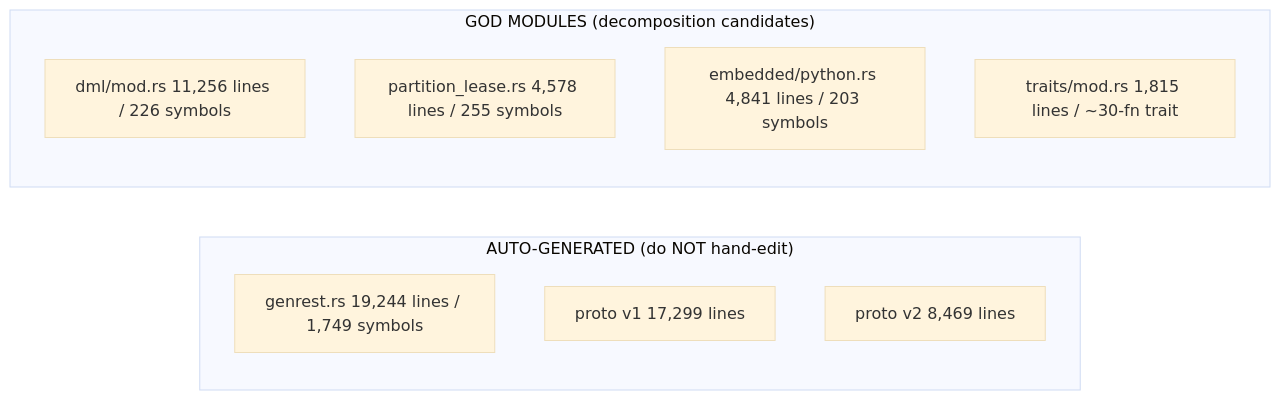
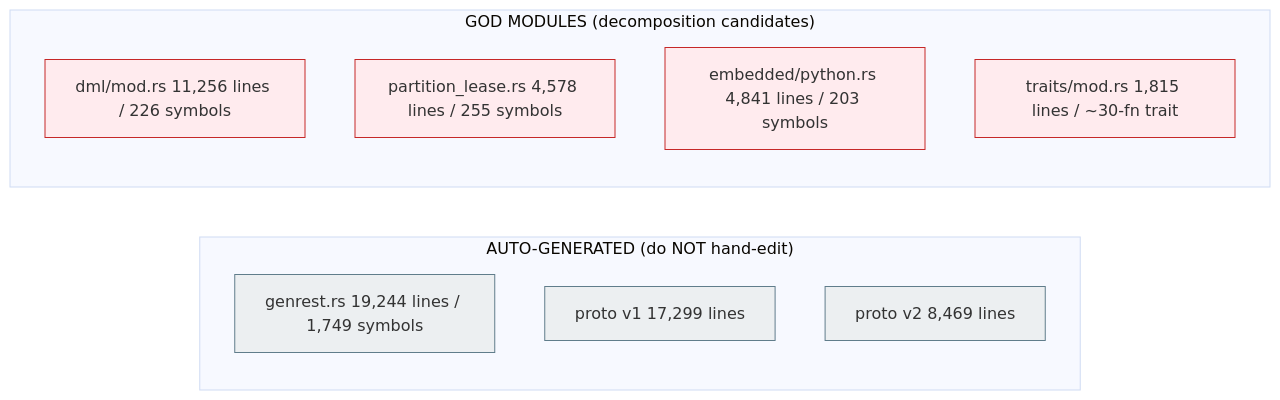
Diagram 13 of 17 in docs/architecture-diagrams/atlas.md (vjsingh1984/proximaDB), drawn with Mermaid (base theme) before and after one commit. The commit also changed other lines of this file and 16 other files, not shown here.

````diff
--- a/docs/architecture-diagrams/atlas.md
+++ b/docs/architecture-diagrams/atlas.md
@@ -441,18 +447,18 @@
 ```mermaid
 flowchart LR
     subgraph GEN["AUTO-GENERATED (do NOT hand-edit)"]
         GR["genrest.rs 19,244 lines / 1,749 symbols"]
         PV1["proto v1 17,299 lines"]
         PV2["proto v2 8,469 lines"]
     end
     subgraph GOD["GOD MODULES (decomposition candidates)"]
         DML2["dml/mod.rs 11,256 lines / 226 symbols"]
         PLE["partition_lease.rs 4,578 lines / 255 symbols"]
         PY3["embedded/python.rs 4,841 lines / 203 symbols"]
         TR["traits/mod.rs 1,815 lines / ~30-fn trait"]
     end
-    classDef gen fill:
-    classDef god fill:
+    classDef gen fill:#eceff1,stroke:#607d8b
+    classDef god fill:#ffebee,stroke:#c62828
     class GR,PV1,PV2 gen
     class DML2,PLE,PY3,TR god
 ```
````
